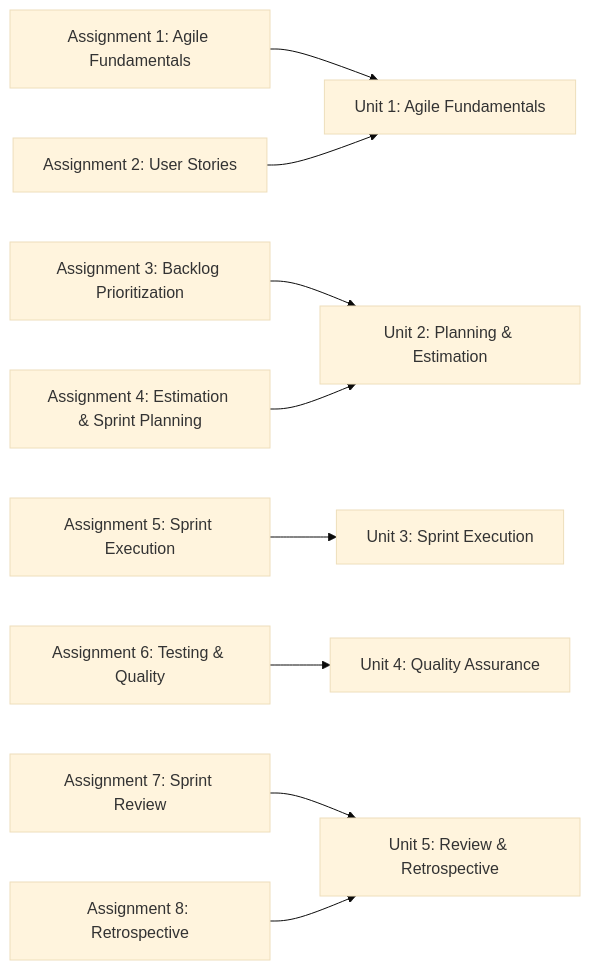
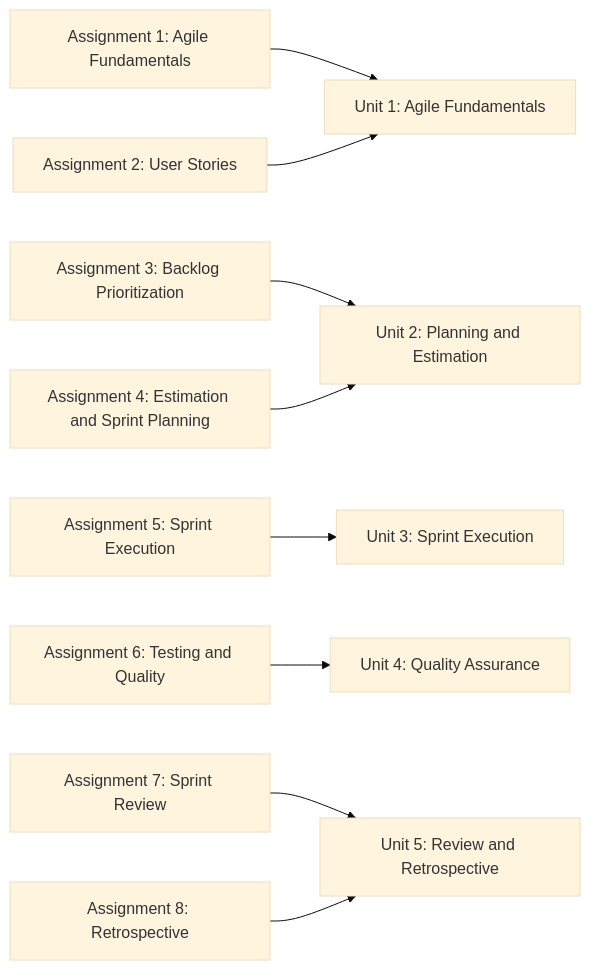
Before and after one commit to amitdevx/TY: the first of 2 diagrams in 02-Semester-VI/CS-371-VSC-P-Agile-Processes/Overview.md, drawn with Mermaid (base theme). The commit also changed other lines of this file and 186 other files, not shown here.

````diff
--- a/02-Semester-VI/CS-371-VSC-P-Agile-Processes/Overview.md
+++ b/02-Semester-VI/CS-371-VSC-P-Agile-Processes/Overview.md
@@ -68,11 +70,11 @@
 ```mermaid
 graph LR
     A1[Assignment 1: Agile Fundamentals] --> U1[Unit 1: Agile Fundamentals]
     A2[Assignment 2: User Stories] --> U1
-    A3[Assignment 3: Backlog Prioritization] --> U2[Unit 2: Planning & Estimation]
-    A4[Assignment 4: Estimation & Sprint Planning] --> U2
+    A3[Assignment 3: Backlog Prioritization] --> U2[Unit 2: Planning and Estimation]
+    A4[Assignment 4: Estimation and Sprint Planning] --> U2
     A5[Assignment 5: Sprint Execution] --> U3[Unit 3: Sprint Execution]
-    A6[Assignment 6: Testing & Quality] --> U4[Unit 4: Quality Assurance]
-    A7[Assignment 7: Sprint Review] --> U5[Unit 5: Review & Retrospective]
+    A6[Assignment 6: Testing and Quality] --> U4[Unit 4: Quality Assurance]
+    A7[Assignment 7: Sprint Review] --> U5[Unit 5: Review and Retrospective]
     A8[Assignment 8: Retrospective] --> U5
 ```
````
